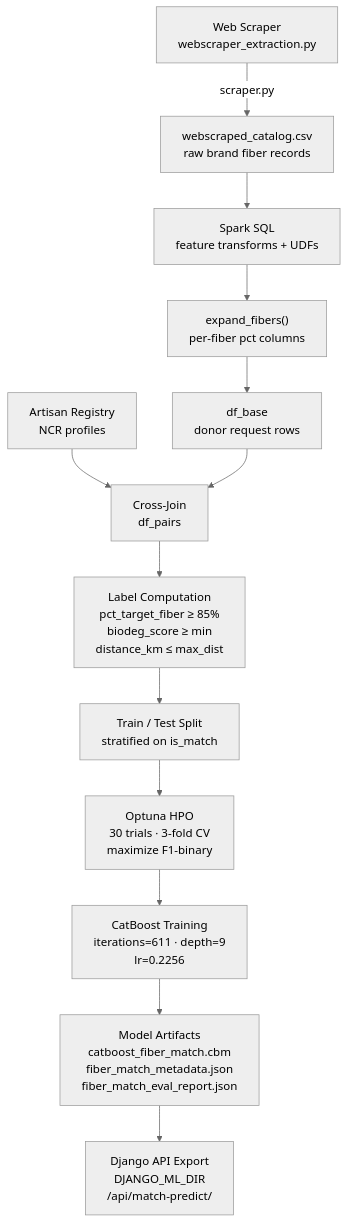
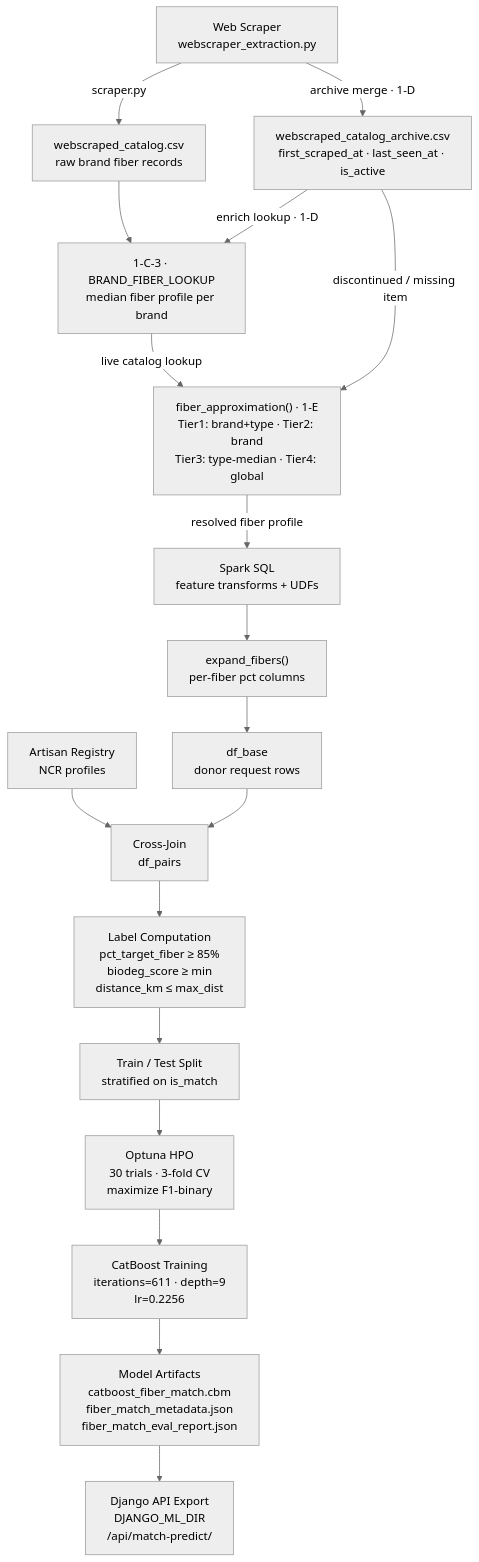
Before and after one commit to bakuncwa/weaveforward_fiber_model: the first of 2 diagrams in README.md, drawn with Mermaid. The commit also changed other lines of this file and 1 other file, not shown here.

Commit message:
feat: add historical archive (1-D) and fiber_approximation (1-E) to webscraper; enrich BRAND_FIBER_LOOKUP from archive; update README ETL diagram, Key Takeaways, and Technical Contributions

````diff
--- a/README.md
+++ b/README.md
@@ -52,16 +52,21 @@
 ```mermaid
 %%{init: {'theme': 'neutral'}}%%
 flowchart TD
     A["Web Scraper<br/>webscraper_extraction.py"] -->|scraper.py| B["webscraped_catalog.csv<br/>raw brand fiber records"]
-    B --> C["Spark SQL<br/>feature transforms + UDFs"]
+    A -->|archive merge · 1-D| B2["webscraped_catalog_archive.csv<br/>first_scraped_at · last_seen_at · is_active"]
+    B --> C1["1-C-3 · BRAND_FIBER_LOOKUP<br/>median fiber profile per brand"]
+    B2 -->|enrich lookup · 1-D| C1
+    C1 -->|live catalog lookup| FB["fiber_approximation() · 1-E<br/>Tier1: brand+type · Tier2: brand<br/>Tier3: type-median · Tier4: global"]
+    B2 -->|discontinued / missing item| FB
+    FB -->|resolved fiber profile| C["Spark SQL<br/>feature transforms + UDFs"]
     C --> D["expand_fibers()<br/>per-fiber pct columns"]
     D --> E["df_base<br/>donor request rows"]
     F["Artisan Registry<br/>NCR profiles"] --> G
     E --> G["Cross-Join<br/>df_pairs"]
     G --> H["Label Computation<br/>pct_target_fiber ≥ 85%<br/>biodeg_score ≥ min<br/>distance_km ≤ max_dist"]
     H --> I["Train / Test Split<br/>stratified on is_match"]
     I --> J["Optuna HPO<br/>30 trials · 3-fold CV<br/>maximize F1-binary"]
     J --> K["CatBoost Training<br/>iterations=611 · depth=9<br/>lr=0.2256"]
     K --> L["Model Artifacts<br/>catboost_fiber_match.cbm<br/>fiber_match_metadata.json<br/>fiber_match_eval_report.json"]
     L --> M["Django API Export<br/>DJANGO_ML_DIR<br/>/api/match-predict/"]
 ```
````
